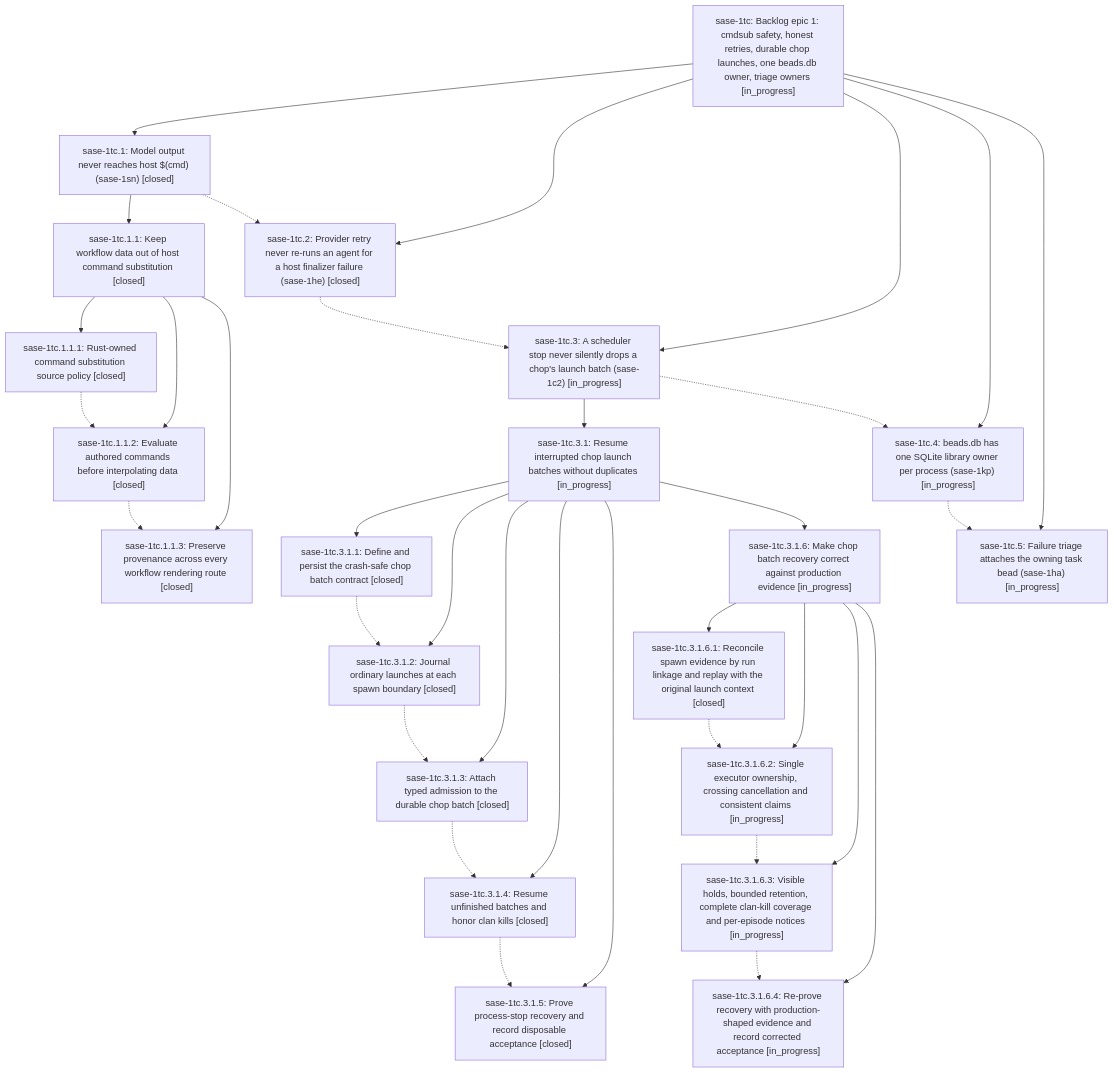
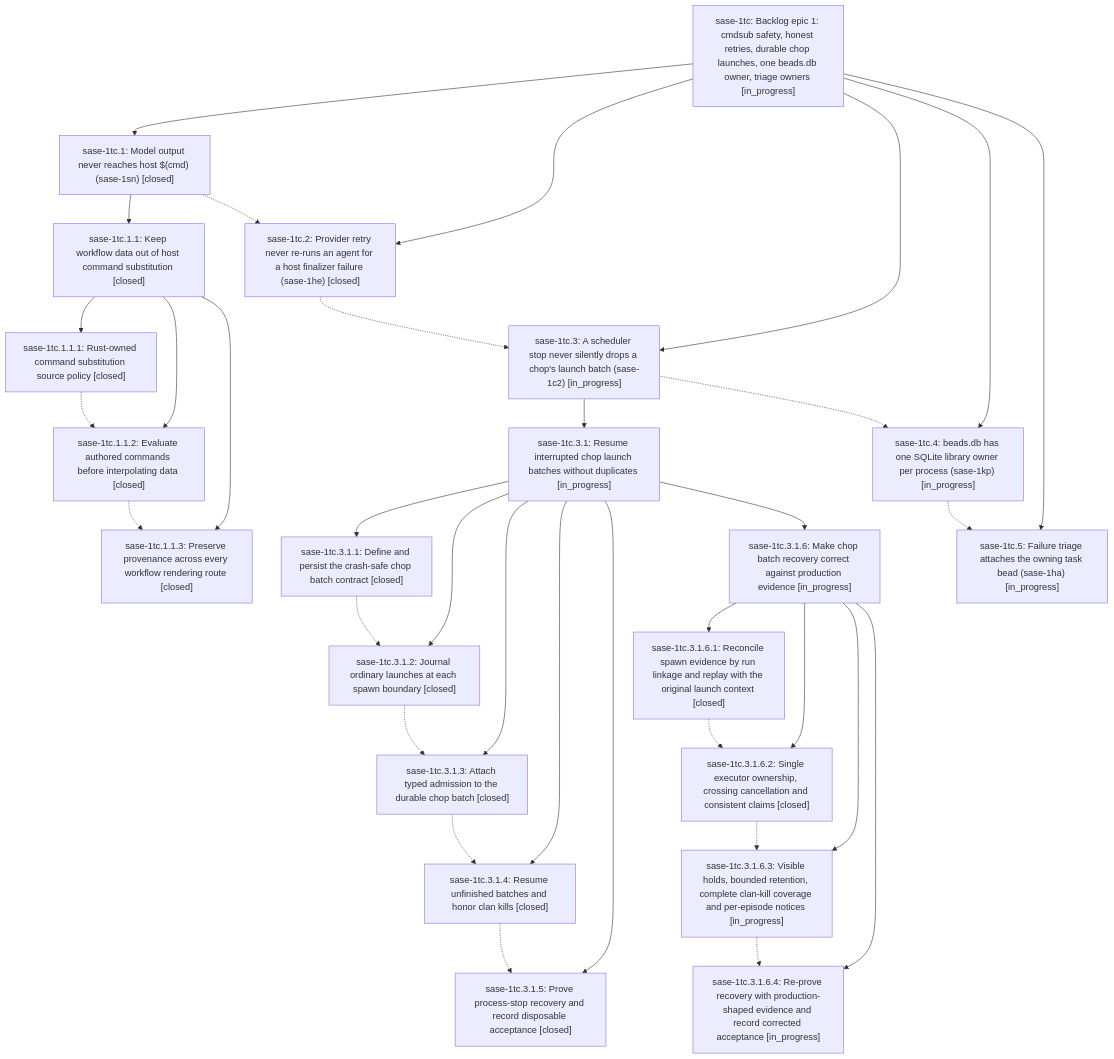
One commit to sase-org/sase--beads changed the diagram in pages/sase-1tc/README.md. Above: the diagram before and after it, drawn with Mermaid. The commit also changed other lines of this file and 5 other files, not shown here.

````diff
--- a/pages/sase-1tc/README.md
+++ b/pages/sase-1tc/README.md
@@ -44,57 +46,57 @@
 ```mermaid
 flowchart TD
     n0["sase-1tc: Backlog epic 1: cmdsub safety, honest retries, durable chop launches, one beads.db owner, triage owners [in_progress]"]
     n1["sase-1tc.1: Model output never reaches host $(cmd) (sase-1sn) [closed]"]
     n2["sase-1tc.1.1: Keep workflow data out of host command substitution [closed]"]
     n3["sase-1tc.1.1.1: Rust-owned command substitution source policy [closed]"]
     n4["sase-1tc.1.1.2: Evaluate authored commands before interpolating data [closed]"]
     n5["sase-1tc.1.1.3: Preserve provenance across every workflow rendering route [closed]"]
     n6["sase-1tc.2: Provider retry never re-runs an agent for a host finalizer failure (sase-1he) [closed]"]
     n7["sase-1tc.3: A scheduler stop never silently drops a chop's launch batch (sase-1c2) [in_progress]"]
     n8["sase-1tc.3.1: Resume interrupted chop launch batches without duplicates [in_progress]"]
     n9["sase-1tc.3.1.1: Define and persist the crash-safe chop batch contract [closed]"]
     n10["sase-1tc.3.1.2: Journal ordinary launches at each spawn boundary [closed]"]
     n11["sase-1tc.3.1.3: Attach typed admission to the durable chop batch [closed]"]
     n12["sase-1tc.3.1.4: Resume unfinished batches and honor clan kills [closed]"]
     n13["sase-1tc.3.1.5: Prove process-stop recovery and record disposable acceptance [closed]"]
     n14["sase-1tc.3.1.6: Make chop batch recovery correct against production evidence [in_progress]"]
     n15["sase-1tc.3.1.6.1: Reconcile spawn evidence by run linkage and replay with the original launch context [closed]"]
-    n16["sase-1tc.3.1.6.2: Single executor ownership, crossing cancellation and consistent claims [in_progress]"]
+    n16["sase-1tc.3.1.6.2: Single executor ownership, crossing cancellation and consistent claims [closed]"]
     n17["sase-1tc.3.1.6.3: Visible holds, bounded retention, complete clan-kill coverage and per-episode notices [in_progress]"]
     n18["sase-1tc.3.1.6.4: Re-prove recovery with production-shaped evidence and record corrected acceptance [in_progress]"]
     n19["sase-1tc.4: beads.db has one SQLite library owner per process (sase-1kp) [in_progress]"]
     n20["sase-1tc.5: Failure triage attaches the owning task bead (sase-1ha) [in_progress]"]
     n0 --> n1
     n1 --> n2
     n2 --> n3
     n2 --> n4
     n2 --> n5
     n0 --> n6
     n0 --> n7
     n7 --> n8
     n8 --> n9
     n8 --> n10
     n8 --> n11
     n8 --> n12
     n8 --> n13
     n8 --> n14
     n14 --> n15
     n14 --> n16
     n14 --> n17
     n14 --> n18
     n0 --> n19
     n0 --> n20
     n1 -.-> n6
     n3 -.-> n4
     n4 -.-> n5
     n6 -.-> n7
     n7 -.-> n19
     n9 -.-> n10
     n10 -.-> n11
     n11 -.-> n12
     n12 -.-> n13
     n15 -.-> n16
     n16 -.-> n17
     n17 -.-> n18
     n19 -.-> n20
 ```
````
